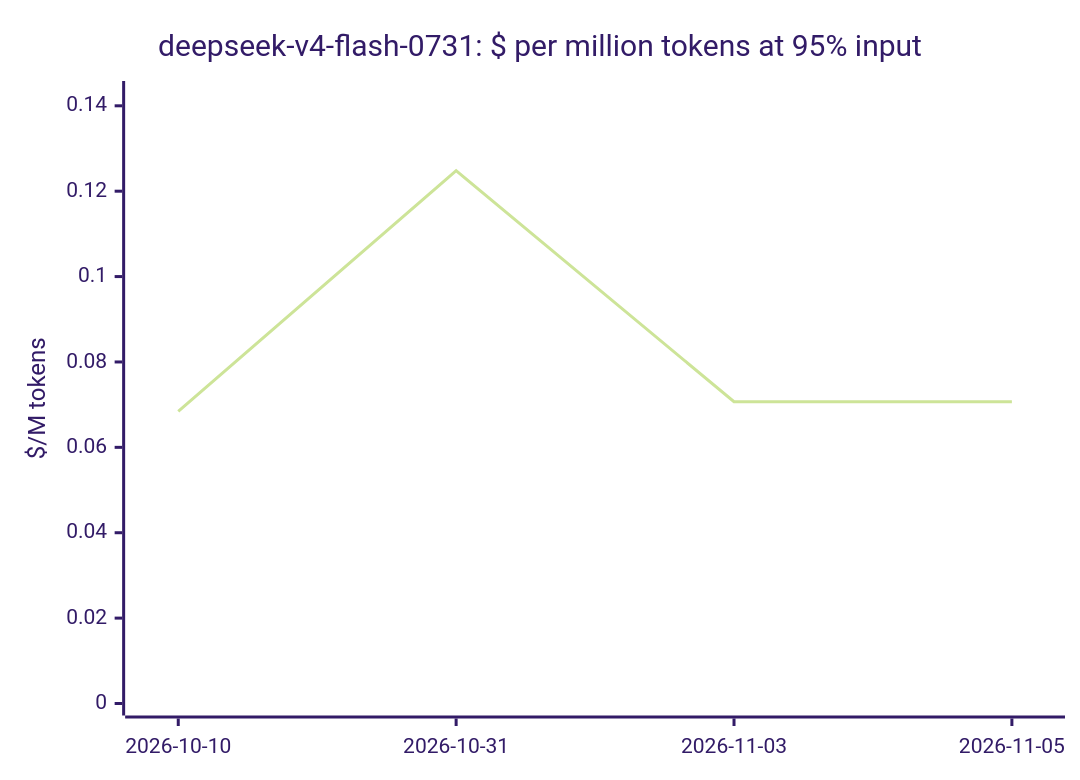
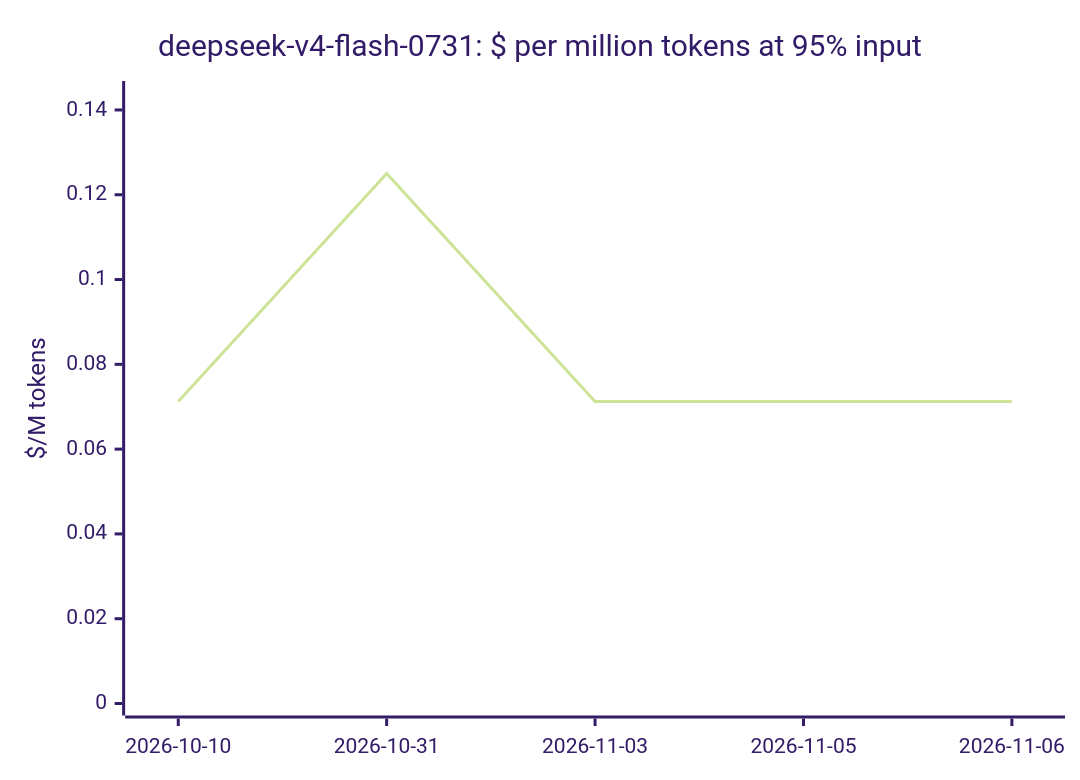
The eighth of 20 diagrams in docs/openrouter-models.md (cklukas/OMEGA_TRANSFORM), drawn with Mermaid (forest theme) before and after one commit. The commit also changed other lines of this file and 103 other files, not shown here.

````diff
--- a/docs/openrouter-models.md
+++ b/docs/openrouter-models.md
@@ -203,7 +202,7 @@
 ```mermaid
 xychart-beta
     title "deepseek-v4-flash-0731: $ per million tokens at 95% input"
-    x-axis ["2026-10-10", "2026-10-31", "2026-11-03", "2026-11-05"]
-    y-axis "$/M tokens" 0 --> 0.143
-    line [0.0684, 0.1248, 0.0707, 0.0707]
+    x-axis ["2026-10-10", "2026-10-31", "2026-11-03", "2026-11-05", "2026-11-06"]
+    y-axis "$/M tokens" 0 --> 0.144
+    line [0.07122, 0.125, 0.07123, 0.07123, 0.07123]
 ```
````
